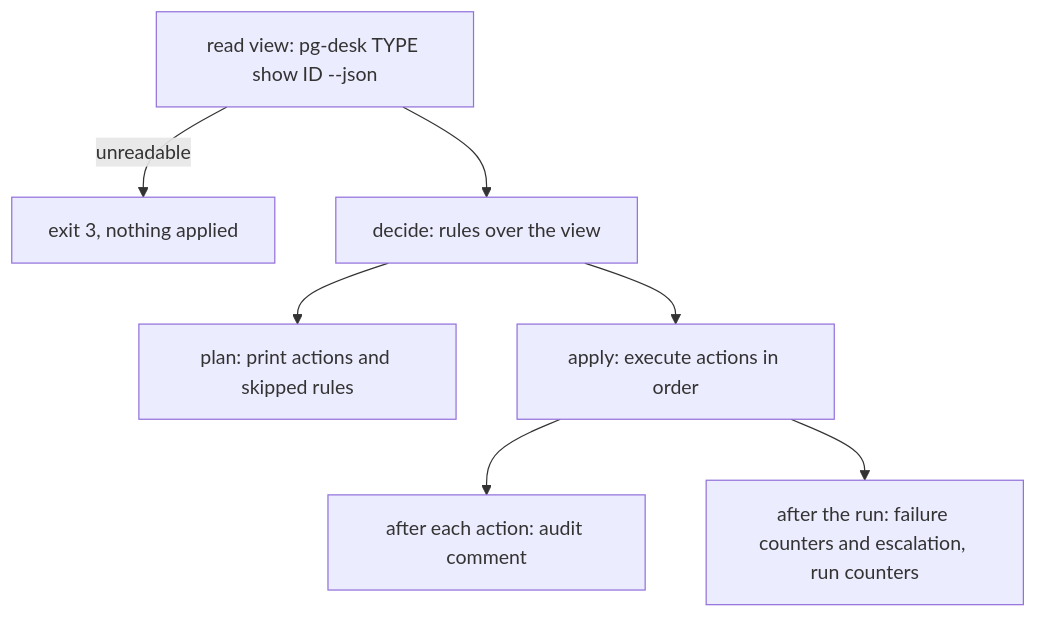
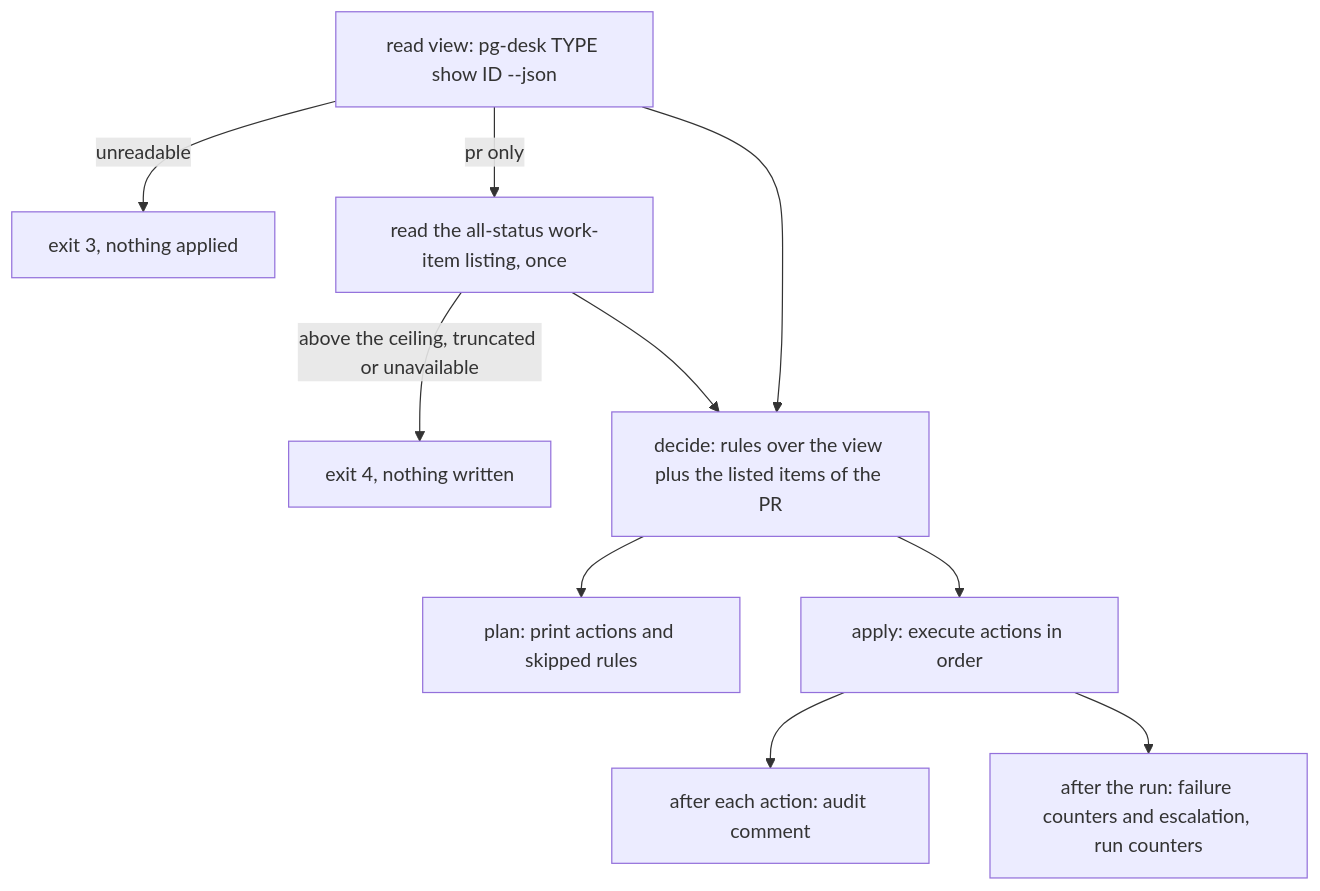
Before and after one commit to phillipgreenii/nix-agent-support: the diagram in docs/behavior/pg-decider/plan-and-apply.md, drawn with Mermaid. The commit also changed other lines of this file and 32 other files, not shown here.

````diff
--- a/docs/behavior/pg-decider/plan-and-apply.md
+++ b/docs/behavior/pg-decider/plan-and-apply.md
@@ -16,9 +16,12 @@
 ```mermaid
 flowchart TD
     V["read view: pg-desk TYPE show ID --json"] -->|"unreadable"| X3["exit 3, nothing applied"]
-    V --> D["decide: rules over the view"]
+    V -->|"pr only"| L["read the all-status work-item listing, once"]
+    L -->|"above the ceiling, truncated or unavailable"| X4["exit 4, nothing written"]
+    L --> D
+    V --> D["decide: rules over the view plus the listed items of the PR"]
     D --> PL["plan: print actions and skipped rules"]
     D --> AP["apply: execute actions in order"]
     AP --> H["after each action: audit comment"]
     AP --> F["after the run: failure counters and escalation, run counters"]
 ```
````
